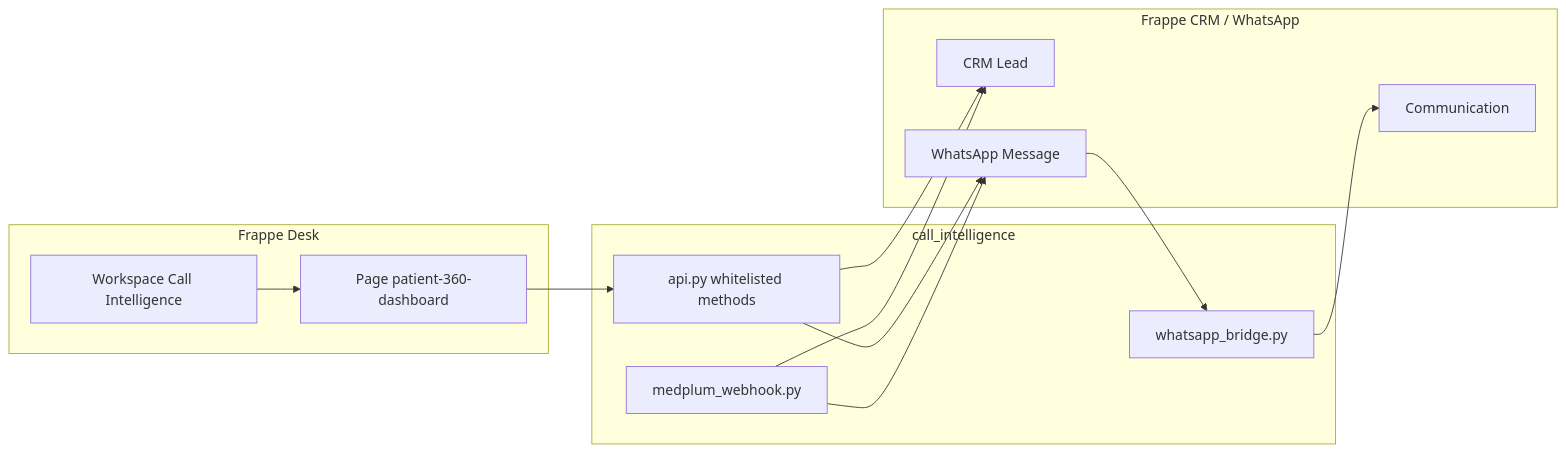
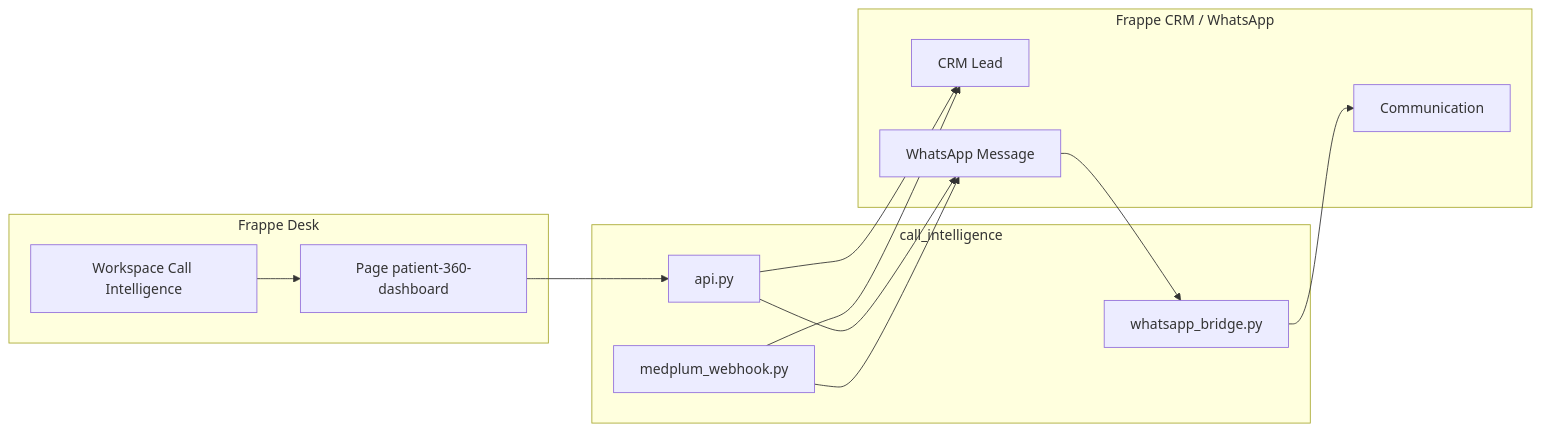
One commit to anjaliii-28/call_intelligence changed the diagram in README.md. Above: the diagram before and after it, drawn with Mermaid. The commit also changed other lines of this file and 3 other files, not shown here.

````diff
--- a/README.md
+++ b/README.md
@@ -130,25 +106,25 @@
 ```mermaid
 flowchart LR
 	subgraph desk[Frappe Desk]
 		WS[Workspace Call Intelligence]
 		P360[Page patient-360-dashboard]
 	end
 	subgraph app[call_intelligence]
-		API[api.py whitelisted methods]
+		API[api.py]
 		WA[whatsapp_bridge.py]
 		MP[medplum_webhook.py]
 	end
 	subgraph crm[Frappe CRM / WhatsApp]
 		Lead[CRM Lead]
 		WAM[WhatsApp Message]
 		Comm[Communication]
 	end
 	WS --> P360
 	P360 --> API
 	API --> Lead
 	API --> WAM
 	WAM --> WA
 	WA --> Comm
 	MP --> Lead
 	MP --> WAM
 ```
````
